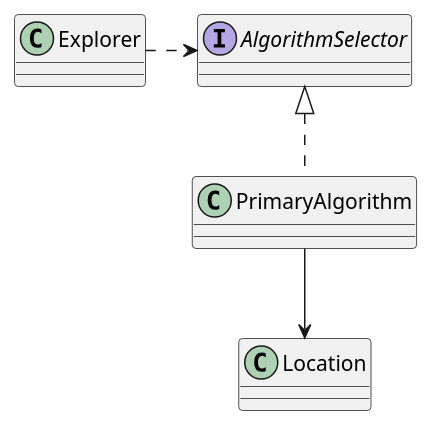
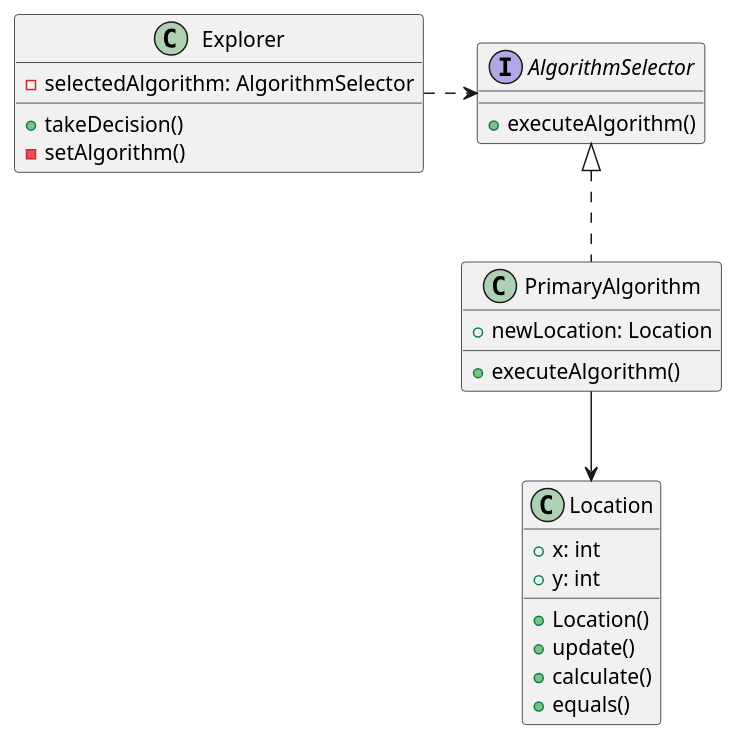
The diagram in UML Diagrams/StrategyPattern.plantuml (nehadst/Drone-Rescue), drawn with PlantUML before and after one commit. The commit also changed 1 other file, not shown here.

Commit message:
Added fields and methods to classes in UML diagram for Strategy GoF pattern and exported png #59

```diff
--- a/UML Diagrams/StrategyPattern.plantuml
+++ b/UML Diagrams/StrategyPattern.plantuml
@@ -1,8 +1,32 @@
 @startuml StrategyPattern
 
-interface AlgorithmSelector
+interface AlgorithmSelector {
+    +executeAlgorithm()
+}
+
 class PrimaryAlgorithm implements AlgorithmSelector
 Explorer .right.> AlgorithmSelector
 PrimaryAlgorithm --> Location
 
+class Explorer {
+    -selectedAlgorithm: AlgorithmSelector
+    +takeDecision()
+    -setAlgorithm()
+}
+
+class PrimaryAlgorithm {
+    +newLocation: Location
+    +executeAlgorithm()
+}
+
+class Location {
+    +x: int
+    +y: int
+    +Location()
+    +update()
+    +calculate()
+    +equals()
+}
+
+
 @enduml
```
